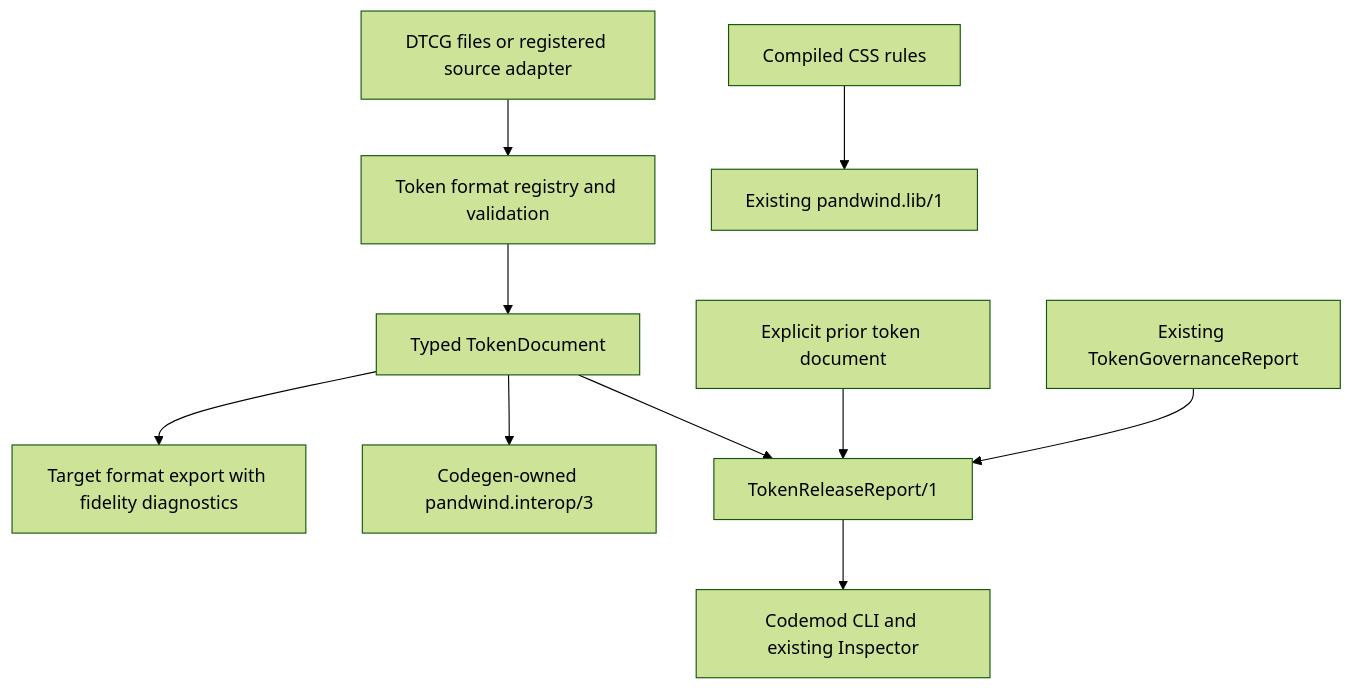
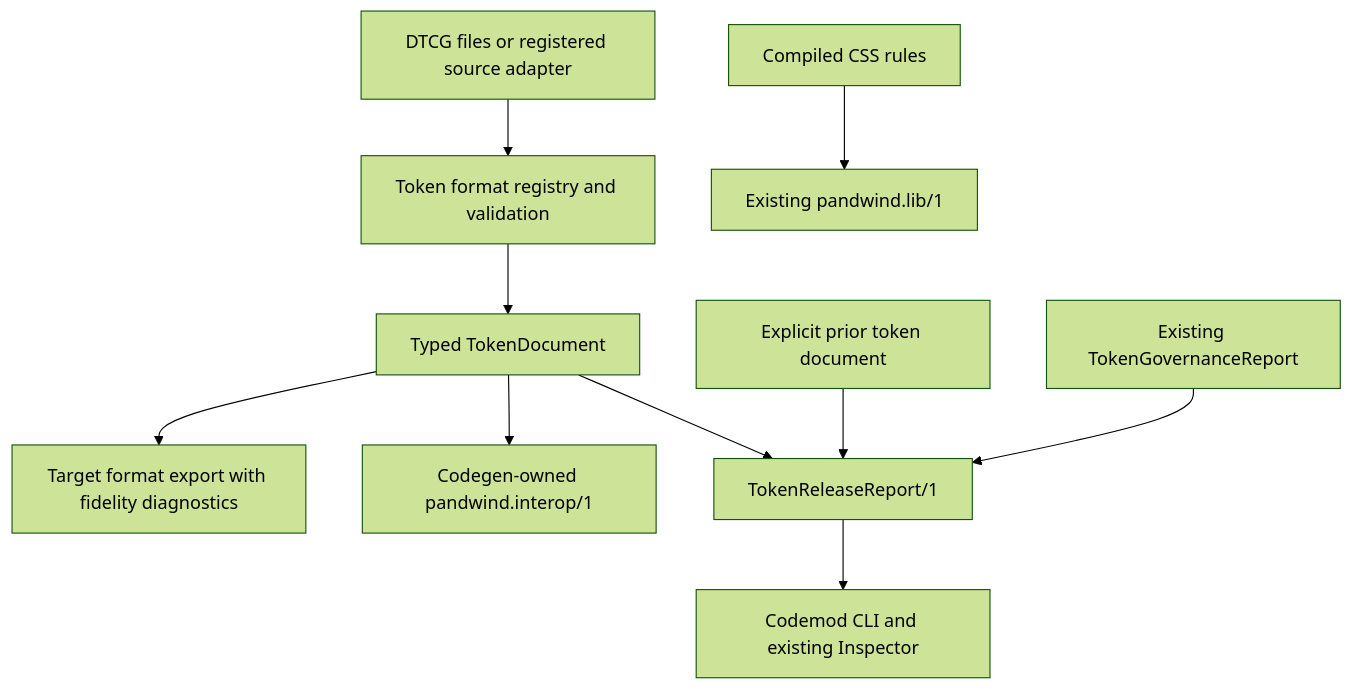
The first of 2 diagrams in plans/084-token-interchange-and-release-governance.md (astahmer/yumcss), drawn with Mermaid (forest theme) before and after one commit. The commit also changed other lines of this file and 6 other files, not shown here.

````diff
--- a/plans/084-token-interchange-and-release-governance.md
+++ b/plans/084-token-interchange-and-release-governance.md
@@ -77,12 +77,12 @@
 ```mermaid
 flowchart TD
     Source["DTCG files or registered source adapter"] --> Codec["Token format registry and validation"]
     Codec --> Document["Typed TokenDocument"]
     Document --> Export["Target format export with fidelity diagnostics"]
-    Document --> Interop["Codegen-owned pandwind.interop/3"]
+    Document --> Interop["Codegen-owned pandwind.interop/1"]
     Baseline["Explicit prior token document"] --> Diff["TokenReleaseReport/1"]
     Document --> Diff
     Usage["Existing TokenGovernanceReport"] --> Diff
     Diff --> Surfaces["Codemod CLI and existing Inspector"]
     Rules["Compiled CSS rules"] --> Library["Existing pandwind.lib/1"]
 ```
````
